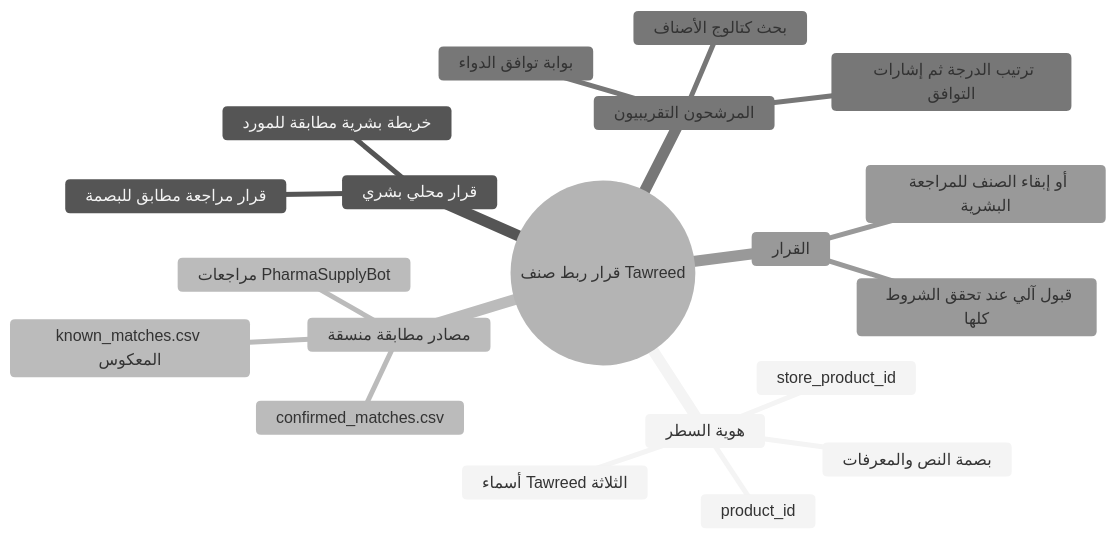
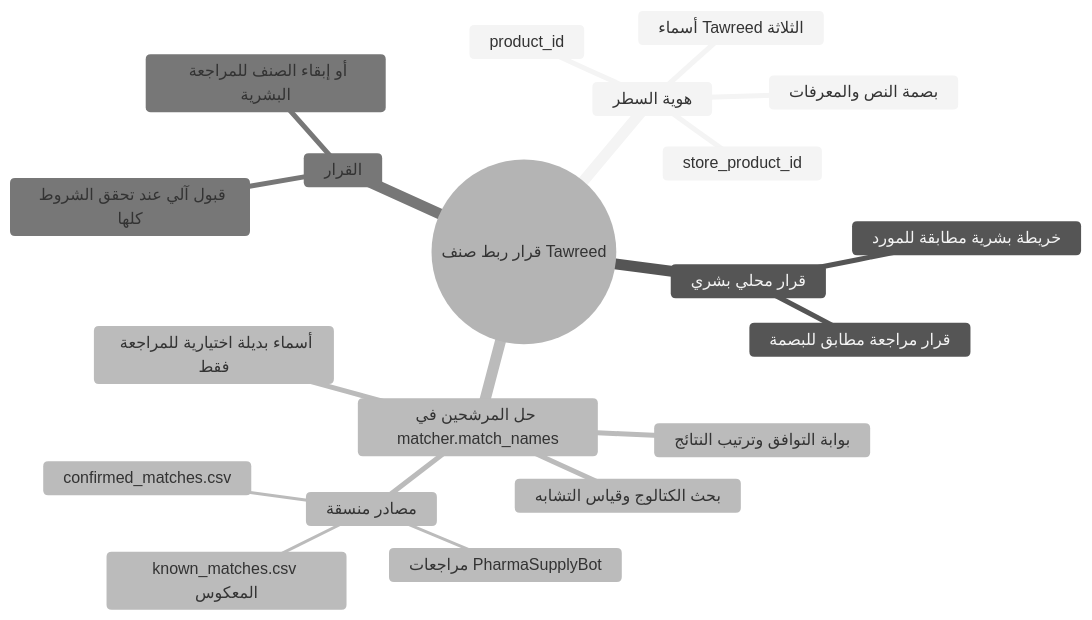
One commit to abdalhamid19/summorized_file changed the diagram in main_obsidian/vibe_coding/eplus_purchase/استيراد توريد إلى e-Plus/مطابقة الأصناف/00 - فهرس آلية المطابقة.md. Above: the diagram before and after it, drawn with Mermaid (neutral theme). The commit also changed other lines of this file and 1 other file, not shown here.

Commit message:
docs: تحديث توثيق آلية مطابقة الأصناف وإعدادات مساحة العمل في Obsidian

```diff
--- a/main_obsidian/vibe_coding/eplus_purchase/استيراد توريد إلى e-Plus/مطابقة الأصناف/00 - فهرس آلية المطابقة.md
+++ b/main_obsidian/vibe_coding/eplus_purchase/استيراد توريد إلى e-Plus/مطابقة الأصناف/00 - فهرس آلية المطابقة.md
@@ -19,23 +22,23 @@
 ~~~mermaid
 mindmap
   root((قرار ربط صنف Tawreed))
     هوية السطر
       product_id
       store_product_id
       أسماء Tawreed الثلاثة
       بصمة النص والمعرفات
     قرار محلي بشري
       قرار مراجعة مطابق للبصمة
       خريطة بشرية مطابقة للمورد
-    مصادر مطابقة منسقة
-      مراجعات PharmaSupplyBot
-      confirmed_matches.csv
-      known_matches.csv المعكوس
-    المرشحون التقريبيون
-      بحث كتالوج الأصناف
-      بوابة توافق الدواء
-      ترتيب الدرجة ثم إشارات التوافق
+    حل المرشحين في matcher.match_names
+      مصادر منسقة
+        مراجعات PharmaSupplyBot
+        confirmed_matches.csv
+        known_matches.csv المعكوس
+      بحث الكتالوج وقياس التشابه
+      بوابة التوافق وترتيب النتائج
+      أسماء بديلة اختيارية للمراجعة فقط
     القرار
       قبول آلي عند تحقق الشروط كلها
       أو إبقاء الصنف للمراجعة البشرية
 ~~~
```
